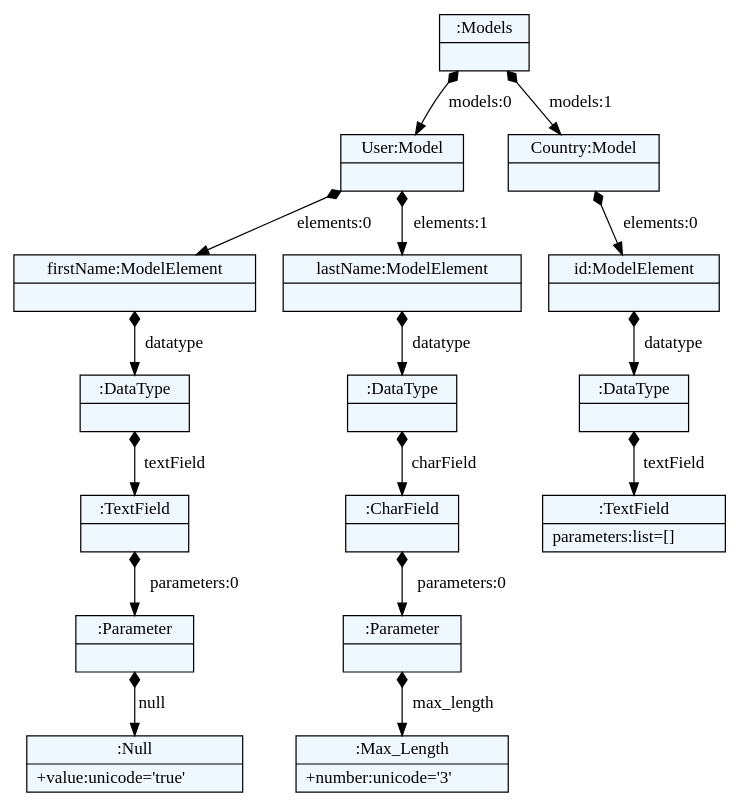
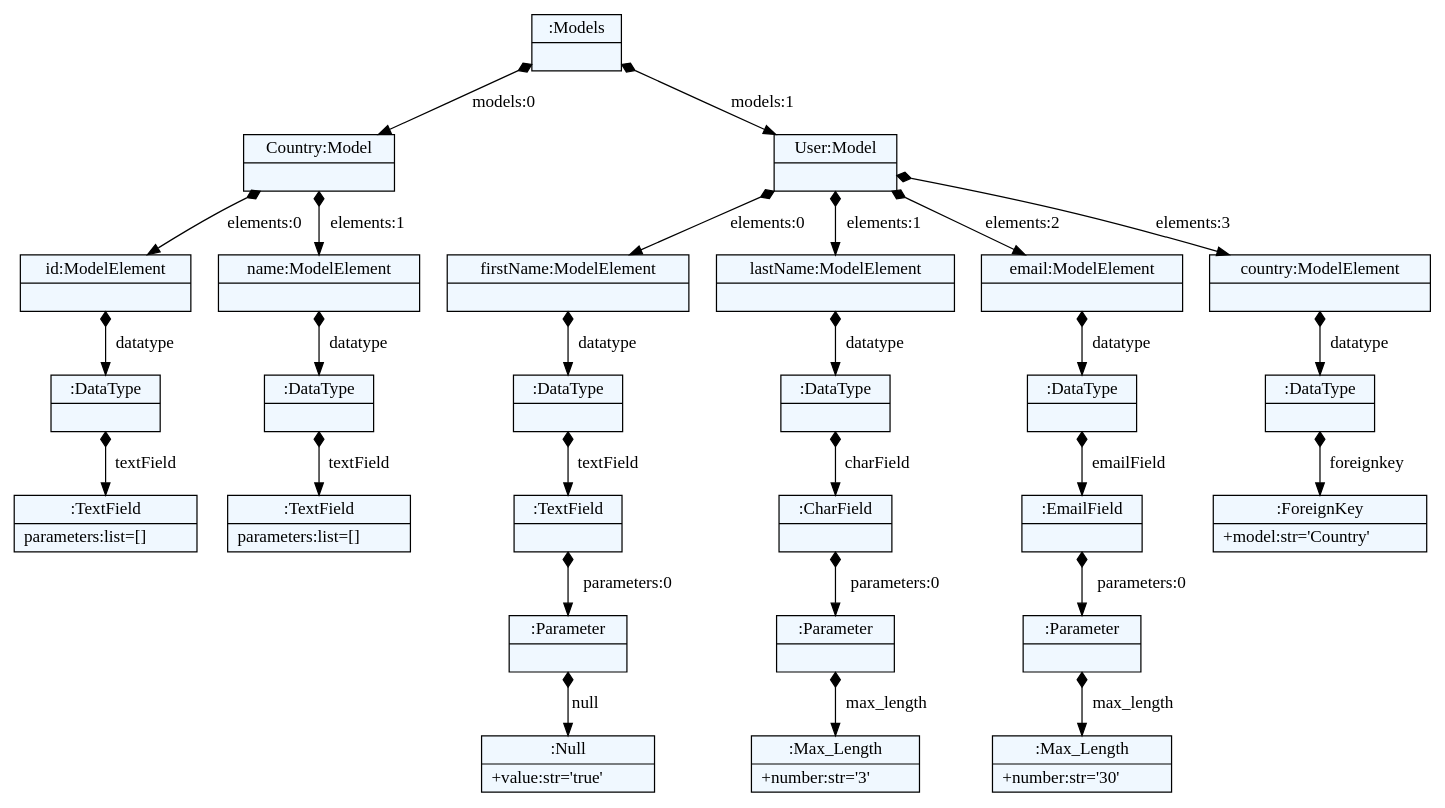
The diagram in example.dot (pajevicn/JSD), drawn with Graphviz before and after one commit. The commit also changed 6 other files, not shown here.

```diff
--- a/example.dot
+++ b/example.dot
@@ -1,46 +1,68 @@
 
     digraph xtext {
     fontname = "Bitstream Vera Sans"
     fontsize = 8
     node[
         shape=record,
         style=filled,
         fillcolor=aliceblue
     ]
     nodesep = 0.3
     edge[dir=black,arrowtail=empty]
 
 
-52655664 -> 52657456 [label="models:0" arrowtail=diamond dir=both]
-52657456 -> 53857104 [label="elements:0" arrowtail=diamond dir=both]
-53857104 -> 54039728 [label="datatype" arrowtail=diamond dir=both]
-54039728 -> 54039888 [label="textField" arrowtail=diamond dir=both]
-54039888 -> 54040016 [label="parameters:0" arrowtail=diamond dir=both]
-54040016 -> 54040176 [label="null" arrowtail=diamond dir=both]
-54040176[label="{:Null|+value:unicode='true'\l}"]
-54040016[label="{:Parameter|}"]
-54039888[label="{:TextField|}"]
-54039728[label="{:DataType|}"]
-53857104[label="{firstName:ModelElement|}"]
-52657456 -> 54039760 [label="elements:1" arrowtail=diamond dir=both]
-54039760 -> 54039984 [label="datatype" arrowtail=diamond dir=both]
-54039984 -> 54040304 [label="charField" arrowtail=diamond dir=both]
-54040304 -> 54040400 [label="parameters:0" arrowtail=diamond dir=both]
-54040400 -> 54040496 [label="max_length" arrowtail=diamond dir=both]
-54040496[label="{:Max_Length|+number:unicode='3'\l}"]
-54040400[label="{:Parameter|}"]
-54040304[label="{:CharField|}"]
-54039984[label="{:DataType|}"]
-54039760[label="{lastName:ModelElement|}"]
-52657456[label="{User:Model|}"]
-52655664 -> 52686096 [label="models:1" arrowtail=diamond dir=both]
-52686096 -> 54040336 [label="elements:0" arrowtail=diamond dir=both]
-54040336 -> 54040528 [label="datatype" arrowtail=diamond dir=both]
-54040528 -> 54040624 [label="textField" arrowtail=diamond dir=both]
-54040624[label="{:TextField|parameters:list=[]\l}"]
-54040528[label="{:DataType|}"]
-54040336[label="{id:ModelElement|}"]
-52686096[label="{Country:Model|}"]
-52655664[label="{:Models|}"]
+52863312 -> 52863280 [label="models:0" arrowtail=diamond dir=both]
+52863280 -> 52863472 [label="elements:0" arrowtail=diamond dir=both]
+52863472 -> 52863600 [label="datatype" arrowtail=diamond dir=both]
+52863600 -> 52863664 [label="textField" arrowtail=diamond dir=both]
+52863664[label="{:TextField|parameters:list=[]\l}"]
+52863600[label="{:DataType|}"]
+52863472[label="{id:ModelElement|}"]
+52863280 -> 52863536 [label="elements:1" arrowtail=diamond dir=both]
+52863536 -> 52863632 [label="datatype" arrowtail=diamond dir=both]
+52863632 -> 52863760 [label="textField" arrowtail=diamond dir=both]
+52863760[label="{:TextField|parameters:list=[]\l}"]
+52863632[label="{:DataType|}"]
+52863536[label="{name:ModelElement|}"]
+52863280[label="{Country:Model|}"]
+52863312 -> 52863440 [label="models:1" arrowtail=diamond dir=both]
+52863440 -> 52863568 [label="elements:0" arrowtail=diamond dir=both]
+52863568 -> 52863824 [label="datatype" arrowtail=diamond dir=both]
+52863824 -> 52863888 [label="textField" arrowtail=diamond dir=both]
+52863888 -> 52864080 [label="parameters:0" arrowtail=diamond dir=both]
+52864080 -> 52864144 [label="null" arrowtail=diamond dir=both]
+52864144[label="{:Null|+value:str='true'\l}"]
+52864080[label="{:Parameter|}"]
+52863888[label="{:TextField|}"]
+52863824[label="{:DataType|}"]
+52863568[label="{firstName:ModelElement|}"]
+52863440 -> 52863696 [label="elements:1" arrowtail=diamond dir=both]
+52863696 -> 52863856 [label="datatype" arrowtail=diamond dir=both]
+52863856 -> 52863984 [label="charField" arrowtail=diamond dir=both]
+52863984 -> 52864208 [label="parameters:0" arrowtail=diamond dir=both]
+52864208 -> 52864240 [label="max_length" arrowtail=diamond dir=both]
+52864240[label="{:Max_Length|+number:str='3'\l}"]
+52864208[label="{:Parameter|}"]
+52863984[label="{:CharField|}"]
+52863856[label="{:DataType|}"]
+52863696[label="{lastName:ModelElement|}"]
+52863440 -> 52863792 [label="elements:2" arrowtail=diamond dir=both]
+52863792 -> 52864048 [label="datatype" arrowtail=diamond dir=both]
+52864048 -> 52864176 [label="emailField" arrowtail=diamond dir=both]
+52864176 -> 52864400 [label="parameters:0" arrowtail=diamond dir=both]
+52864400 -> 52864432 [label="max_length" arrowtail=diamond dir=both]
+52864432[label="{:Max_Length|+number:str='30'\l}"]
+52864400[label="{:Parameter|}"]
+52864176[label="{:EmailField|}"]
+52864048[label="{:DataType|}"]
+52863792[label="{email:ModelElement|}"]
+52863440 -> 52863952 [label="elements:3" arrowtail=diamond dir=both]
+52863952 -> 52864112 [label="datatype" arrowtail=diamond dir=both]
+52864112 -> 52864336 [label="foreignkey" arrowtail=diamond dir=both]
+52864336[label="{:ForeignKey|+model:str='Country'\l}"]
+52864112[label="{:DataType|}"]
+52863952[label="{country:ModelElement|}"]
+52863440[label="{User:Model|}"]
+52863312[label="{:Models|}"]
 
 }
```
